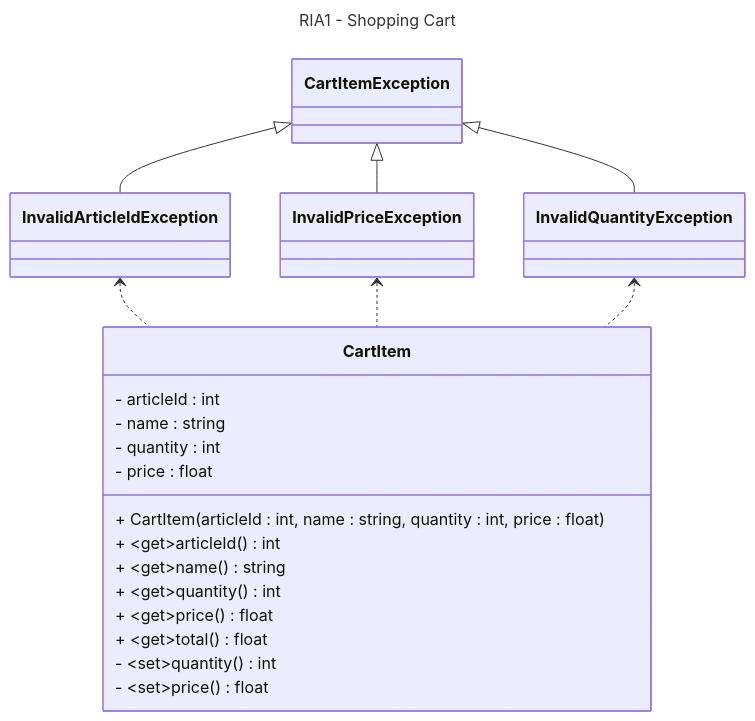
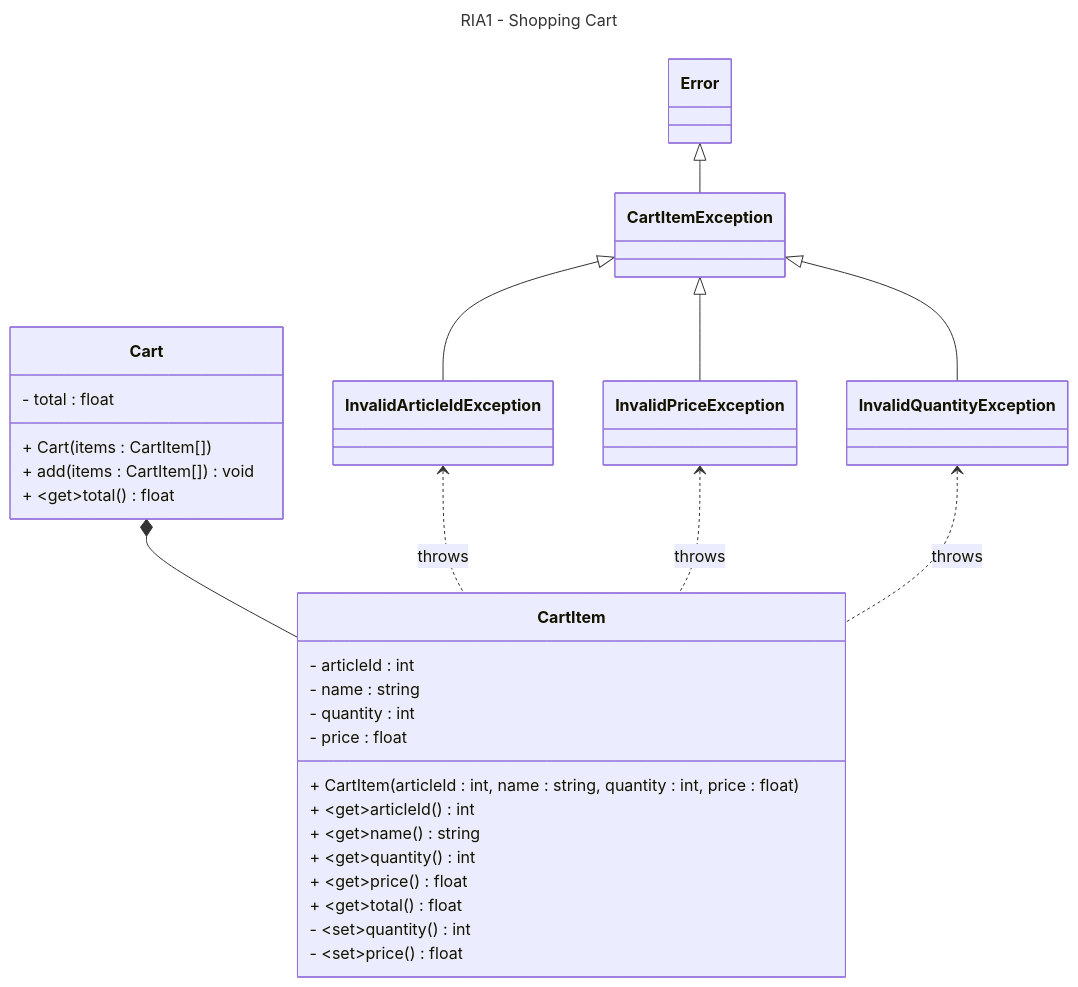
Before and after one commit to dieperid/Shopping: the diagram in docs/class-diagram.md, drawn with Mermaid.

Commit message:
docs(classDiagram): adapted class diagram according to new test class for Cart

````diff
--- a/docs/class-diagram.md
+++ b/docs/class-diagram.md
@@ -1,33 +1,46 @@
 ```mermaid
 ---
 title: RIA1 - Shopping Cart
 ---
 classDiagram
     class CartItem {
         - articleId : int
         - name : string
         - quantity : int
         - price : float
 
         + CartItem(articleId : int, name : string, quantity : int, price : float)
         + ~get~articleId() int
         + ~get~name() string
         + ~get~quantity() int
         + ~get~price() float
         + ~get~total() float
         - ~set~quantity() int
         - ~set~price() float
     }
+
+    class Cart {
+        - total : float
+
+        + Cart(items : CartItem[])
+        + add(items : CartItem[]) void
+        + ~get~total() float
+    }
+
+    Cart *-- CartItem
+
     class CartItemException { }
     class InvalidArticleIdException { }
     class InvalidPriceException { }
     class InvalidQuantityException { }
 
     CartItemException <|-- InvalidArticleIdException
     CartItemException <|-- InvalidPriceException
     CartItemException <|-- InvalidQuantityException
 
-    InvalidArticleIdException <.. CartItem
-    InvalidPriceException <.. CartItem
-    InvalidQuantityException <.. CartItem
+    Error <|-- CartItemException
+
+    InvalidArticleIdException <.. CartItem : throws
+    InvalidPriceException <.. CartItem : throws
+    InvalidQuantityException <.. CartItem : throws
 ```
````
